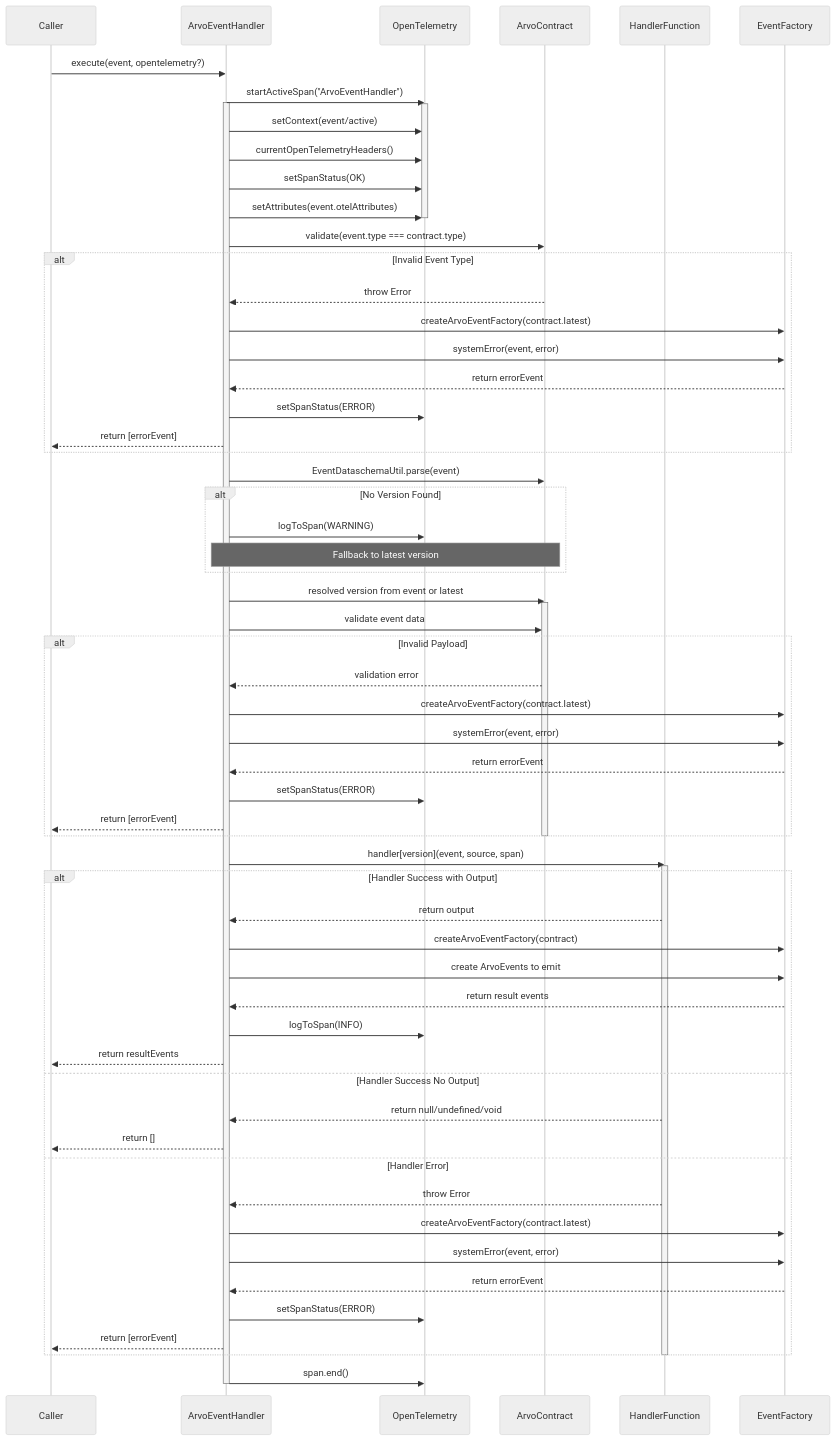
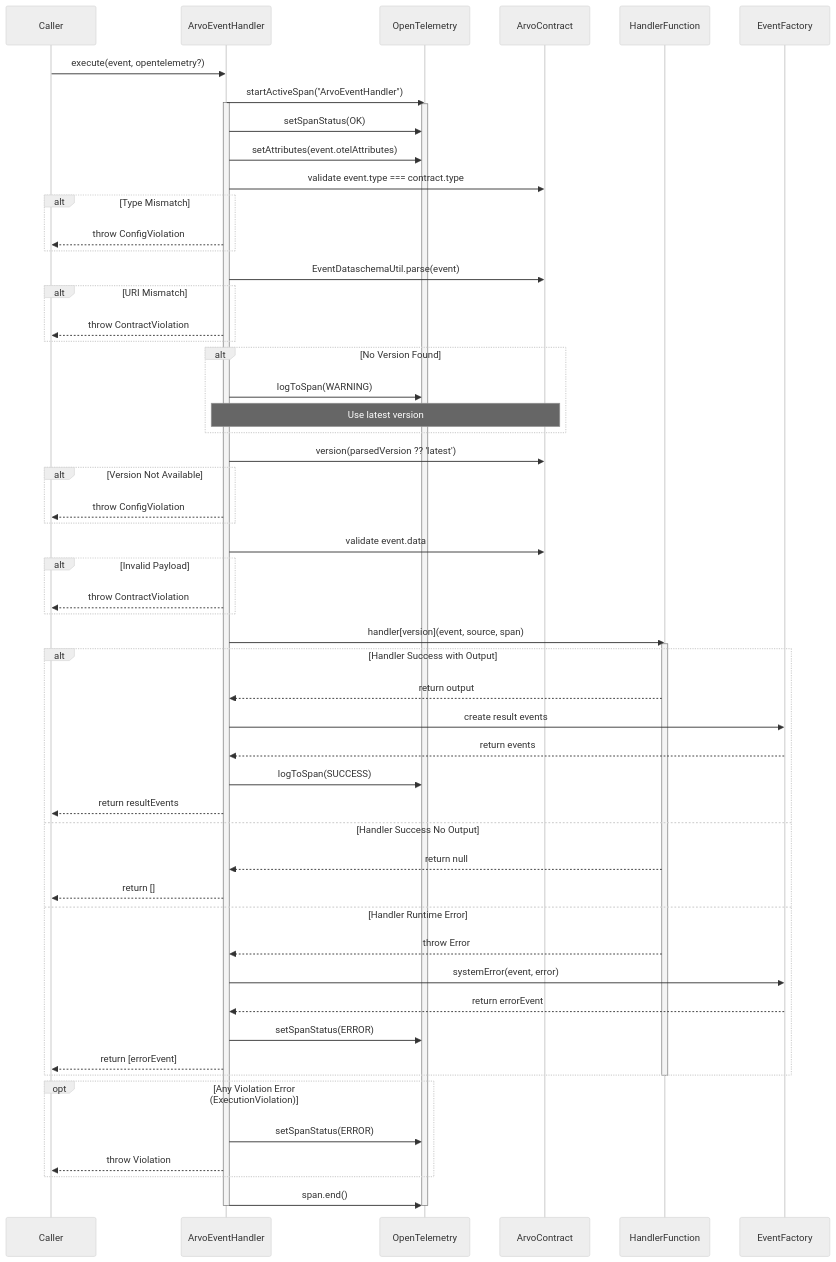
One commit to SaadAhmad123/arvo-event-handler changed the second of 2 diagrams in src/ArvoEventHandler/ExecutionDiagrams.md. Above: the diagram before and after it, drawn with Mermaid (neutral theme). The commit also changed other lines of this file and 22 other files, not shown here.

````diff
--- a/src/ArvoEventHandler/ExecutionDiagrams.md
+++ b/src/ArvoEventHandler/ExecutionDiagrams.md
@@ -90,79 +103,79 @@
 ```mermaid
 sequenceDiagram
     participant Caller
     participant Handler as ArvoEventHandler
     participant OTel as OpenTelemetry
     participant Contract as ArvoContract
     participant HandlerFn as HandlerFunction
     participant Factory as EventFactory
 
     Caller->>Handler: execute(event, opentelemetry?)
 
     %% Span Management
     Handler->>OTel: startActiveSpan("ArvoEventHandler")
     activate Handler
     activate OTel
-    Handler->>OTel: setContext(event/active)
-    Handler->>OTel: currentOpenTelemetryHeaders()
     Handler->>OTel: setSpanStatus(OK)
     Handler->>OTel: setAttributes(event.otelAttributes)
-    deactivate OTel
 
     %% Validation Phase
-    Handler->>Contract: validate(event.type === contract.type)
-    alt Invalid Event Type
-        Contract-->>Handler: throw Error
-        Handler->>Factory: createArvoEventFactory(contract.latest)
-        Handler->>Factory: systemError(event, error)
-        Factory-->>Handler: return errorEvent
-        Handler->>OTel: setSpanStatus(ERROR)
-        Handler-->>Caller: return [errorEvent]
+    Handler->>Contract: validate event.type === contract.type
+    alt Type Mismatch
+        Handler-->>Caller: throw ConfigViolation
     end
 
     Handler->>Contract: EventDataschemaUtil.parse(event)
+    
+    alt URI Mismatch
+        Handler-->>Caller: throw ContractViolation
+    end
+
     alt No Version Found
         Handler->>OTel: logToSpan(WARNING)
-        Note over Handler,Contract: Fallback to latest version
+        Note over Handler,Contract: Use latest version
     end
 
-    %% Contract Handling
-    Handler->>Contract: resolved version from event or latest
-    activate Contract
-    Handler->>Contract: validate event data
+    %% Version Resolution
+    Handler->>Contract: version(parsedVersion ?? 'latest')
+    alt Version Not Available
+        Handler-->>Caller: throw ConfigViolation
+    end
+
+    %% Payload Validation
+    Handler->>Contract: validate event.data
     alt Invalid Payload
-        Contract-->>Handler: validation error
-        Handler->>Factory: createArvoEventFactory(contract.latest)
-        Handler->>Factory: systemError(event, error)
-        Factory-->>Handler: return errorEvent
-        Handler->>OTel: setSpanStatus(ERROR)
-        Handler-->>Caller: return [errorEvent]
+        Handler-->>Caller: throw ContractViolation
     end
-    deactivate Contract
 
     %% Handler Execution
     Handler->>HandlerFn: handler[version](event, source, span)
     activate HandlerFn
+    
     alt Handler Success with Output
         HandlerFn-->>Handler: return output
-        Handler->>Factory: createArvoEventFactory(contract)
-        Handler->>Factory: create ArvoEvents to emit
-        Factory-->>Handler: return result events
-        Handler->>OTel: logToSpan(INFO)
+        Handler->>Factory: create result events
+        Factory-->>Handler: return events
+        Handler->>OTel: logToSpan(SUCCESS)
         Handler-->>Caller: return resultEvents
     else Handler Success No Output
-        HandlerFn-->>Handler: return null/undefined/void
+        HandlerFn-->>Handler: return null
         Handler-->>Caller: return []
-    else Handler Error
+    else Handler Runtime Error
         HandlerFn-->>Handler: throw Error
-        Handler->>Factory: createArvoEventFactory(contract.latest)
         Handler->>Factory: systemError(event, error)
         Factory-->>Handler: return errorEvent
         Handler->>OTel: setSpanStatus(ERROR)
         Handler-->>Caller: return [errorEvent]
     end
     deactivate HandlerFn
 
-    %% Cleanup
+    %% Error Handling for Violations
+    opt Any Violation Error (ExecutionViolation)
+        Handler->>OTel: setSpanStatus(ERROR)
+        Handler-->>Caller: throw Violation
+    end
+
     Handler->>OTel: span.end()
+    deactivate OTel
     deactivate Handler
 ```
````
